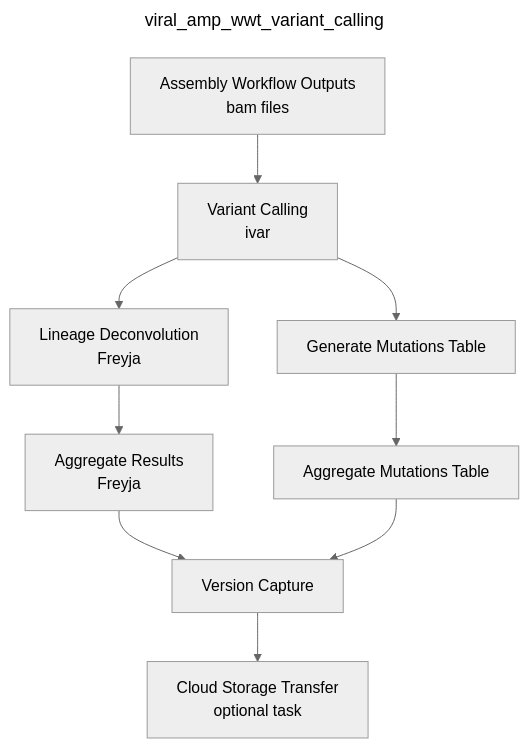
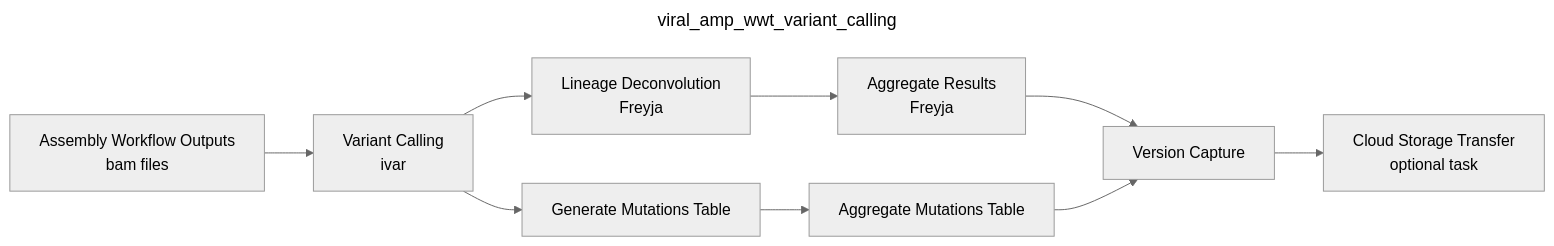
One commit to CDPHE-bioinformatics/CDPHE-Viral-Amplicon-WDL changed the third of 3 diagrams in README.md. Above: the diagram before and after it, drawn with Mermaid (neutral theme). The commit also changed other lines of this file, not shown here.

````diff
--- a/README.md
+++ b/README.md
@@ -205,13 +204,13 @@
 ```mermaid
 ---
 title: viral_amp_wwt_variant_calling
 ---
-graph TD
+graph LR
     A[Assembly Workflow Outputs<br/>bam files] --> B[Variant Calling<br/>ivar]
     B --> C[Lineage Deconvolution<br/>Freyja]
     C --> D[Aggregate Results<br/>Freyja]
     B --> E[Generate Mutations Table]
     E --> F[Aggregate Mutations Table]
     D & F --> G[Version Capture]
     G --> H[Cloud Storage Transfer<br/>optional task]
 ```
````
